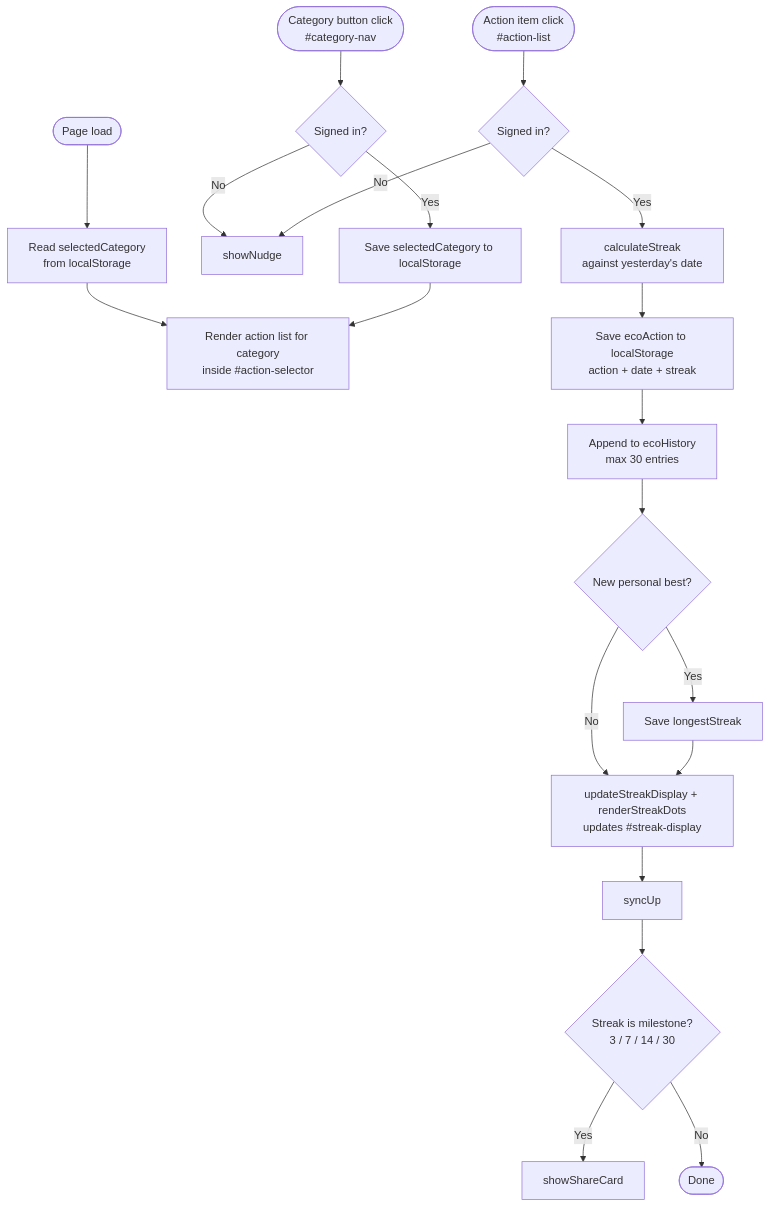
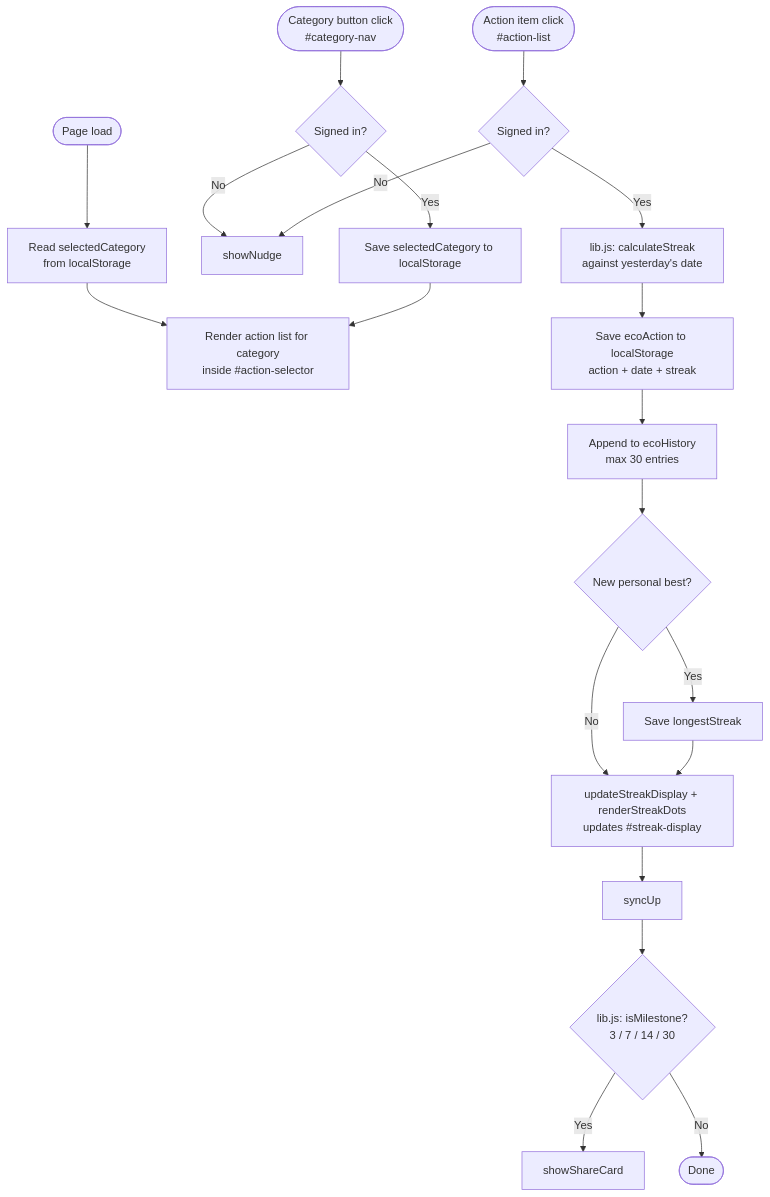
The fifth of 9 diagrams in DIAGRAMS.md (mwh-max/onesmallhoof), drawn with Mermaid before and after one commit. The commit also changed other lines of this file and 1 other file, not shown here.

Commit message:
Update README and DIAGRAMS to reflect lib.js extraction
Adds a Testing section to README with npm test instructions.
Updates technical notes to describe lib.js and its role.
Updates system architecture diagram to show lib.js as a node.
Updates eco action flow to attribute calculateStreak and isMilestone to lib.js.

https://claude.ai/code/session_01EaL4udXTEsJC6CdwThpihn

````diff
--- a/DIAGRAMS.md
+++ b/DIAGRAMS.md
@@ -109,24 +111,24 @@
 ```mermaid
 flowchart TD
     A([Page load]) --> B[Read selectedCategory\nfrom localStorage]
     B --> C[Render action list for category\ninside #action-selector]
 
     D([Category button click\n#category-nav]) --> E{Signed in?}
     E -->|No| N[showNudge]
     E -->|Yes| F[Save selectedCategory to localStorage]
     F --> C
 
     G([Action item click\n#action-list]) --> H{Signed in?}
     H -->|No| N
-    H -->|Yes| I[calculateStreak\nagainst yesterday's date]
+    H -->|Yes| I[lib.js: calculateStreak\nagainst yesterday's date]
     I --> J[Save ecoAction to localStorage\naction + date + streak]
     J --> K[Append to ecoHistory\nmax 30 entries]
     K --> L{New personal best?}
     L -->|Yes| M[Save longestStreak]
     L -->|No| O
     M --> O[updateStreakDisplay + renderStreakDots\nupdates #streak-display]
     O --> P[syncUp]
-    P --> Q{Streak is milestone?\n3 / 7 / 14 / 30}
+    P --> Q{lib.js: isMilestone?\n3 / 7 / 14 / 30}
     Q -->|Yes| R[showShareCard]
     Q -->|No| S([Done])
 ```
````
